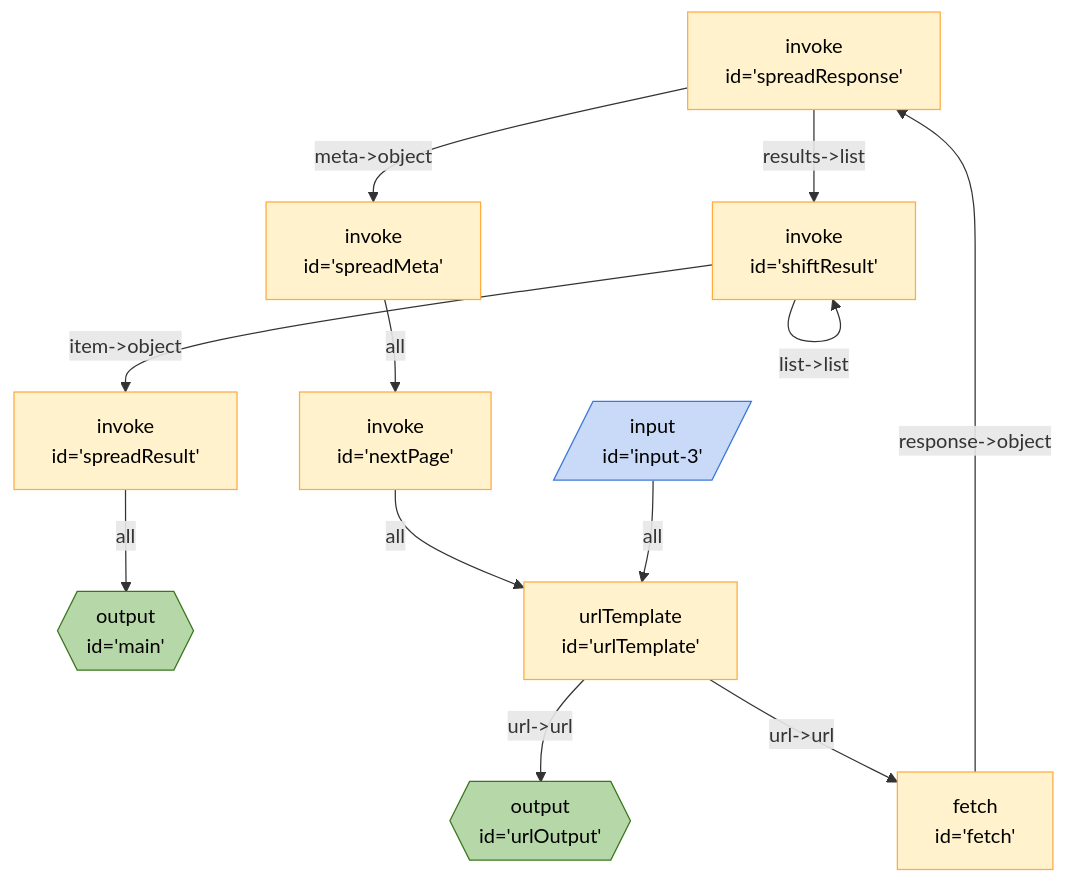
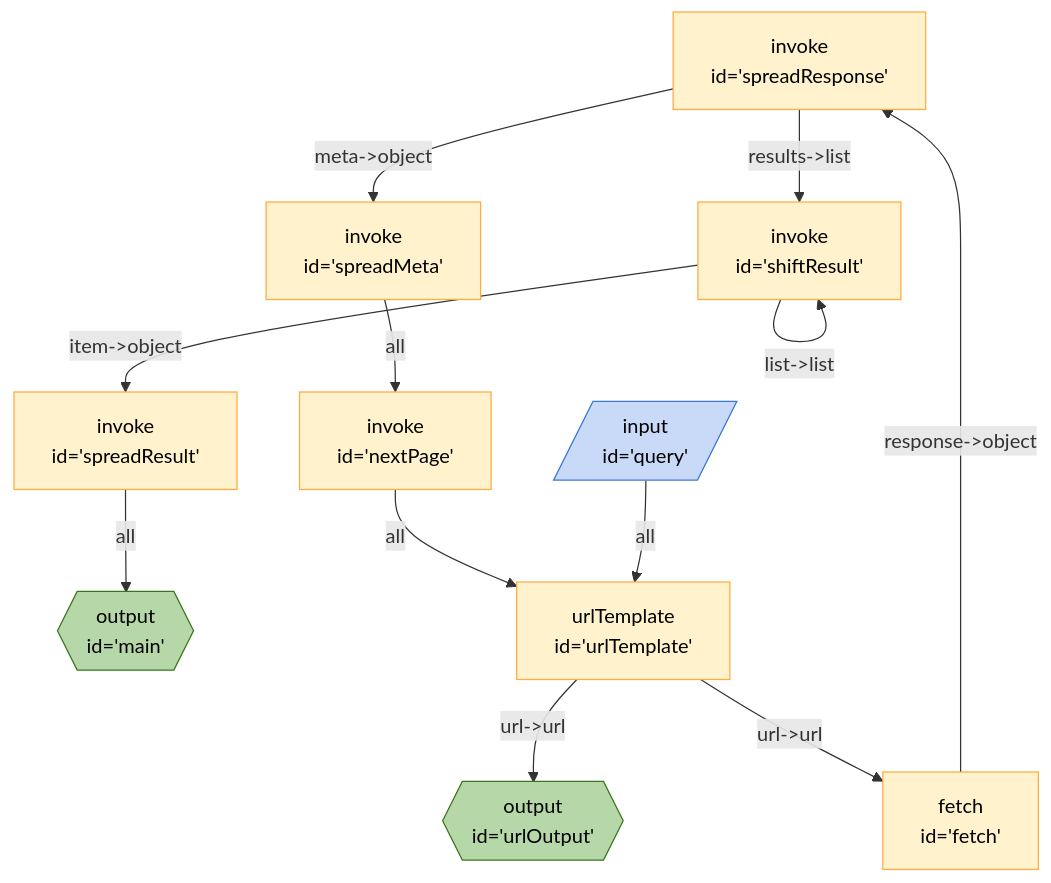
One commit to ExaDev/breadboard-examples changed the diagram in src/examples/paging/README.md. Above: the diagram before and after it, drawn with Mermaid. The commit also changed other lines of this file and 2 other files, not shown here.

Commit message:
Update query input title in paging example

````diff
--- a/src/examples/paging/README.md
+++ b/src/examples/paging/README.md
@@ -2,23 +2,23 @@
 ```mermaid
 %%{init: 'themeVariables': { 'fontFamily': 'Fira Code, monospace' }}%%
 graph TD;
 spreadResult["invoke <br> id='spreadResult'"] -- all --> main{{"output <br> id='main'"}}:::output
 shiftResult["invoke <br> id='shiftResult'"] -- "list->list" --> shiftResult["invoke <br> id='shiftResult'"]
 shiftResult["invoke <br> id='shiftResult'"] -- "item->object" --> spreadResult["invoke <br> id='spreadResult'"]
 spreadResponse["invoke <br> id='spreadResponse'"] -- "meta->object" --> spreadMeta["invoke <br> id='spreadMeta'"]
 spreadResponse["invoke <br> id='spreadResponse'"] -- "results->list" --> shiftResult["invoke <br> id='shiftResult'"]
 fetch["fetch <br> id='fetch'"] -- "response->object" --> spreadResponse["invoke <br> id='spreadResponse'"]
 spreadMeta["invoke <br> id='spreadMeta'"] -- all --> nextPage["invoke <br> id='nextPage'"]
 urlTemplate["urlTemplate <br> id='urlTemplate'"] -- "url->url" --> urlOutput{{"output <br> id='urlOutput'"}}:::output
 urlTemplate["urlTemplate <br> id='urlTemplate'"] -- "url->url" --> fetch["fetch <br> id='fetch'"]
 nextPage["invoke <br> id='nextPage'"] -- all --> urlTemplate["urlTemplate <br> id='urlTemplate'"]
-input3[/"input <br> id='input-3'"/]:::input -- all --> urlTemplate["urlTemplate <br> id='urlTemplate'"]
+query[/"input <br> id='query'"/]:::input -- all --> urlTemplate["urlTemplate <br> id='urlTemplate'"]
 classDef default stroke:#ffab40,fill:#fff2ccff,color:#000
 classDef input stroke:#3c78d8,fill:#c9daf8ff,color:#000
 classDef output stroke:#38761d,fill:#b6d7a8ff,color:#000
 classDef passthrough stroke:#a64d79,fill:#ead1dcff,color:#000
 classDef slot stroke:#a64d79,fill:#ead1dcff,color:#000
 classDef config stroke:#a64d79,fill:#ead1dcff,color:#000
 classDef secrets stroke:#db4437,fill:#f4cccc,color:#000
 classDef slotted stroke:#a64d79
 ```
````
